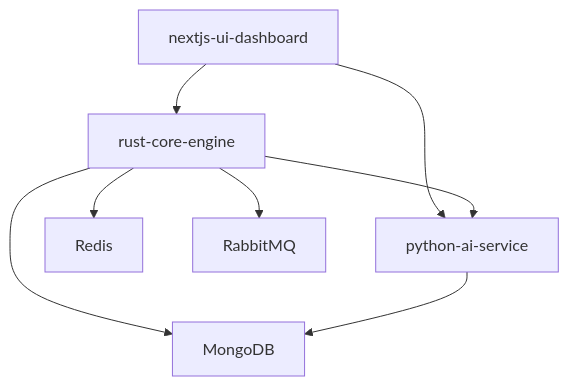
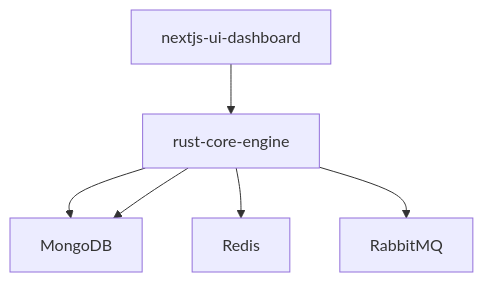
The diagram in specifications/04-deployment/4.1-infrastructure/INFRA-DOCKER.md (magic-ai-trading-bot/bot-core), drawn with Mermaid before and after one commit. The commit also changed other lines of this file and 78 other files, not shown here.

First line of the commit message:
docs: remove all Python AI service references from specifications

````diff
--- a/specifications/04-deployment/4.1-infrastructure/INFRA-DOCKER.md
+++ b/specifications/04-deployment/4.1-infrastructure/INFRA-DOCKER.md
@@ -98,10 +97,8 @@
 ```mermaid
 graph TD
     A[nextjs-ui-dashboard] --> B[rust-core-engine]
-    A --> C[python-ai-service]
-    B --> C
     B --> D[MongoDB]
-    C --> D
+    B --> D
     B --> E[Redis]
     B --> F[RabbitMQ]
 ```
````
